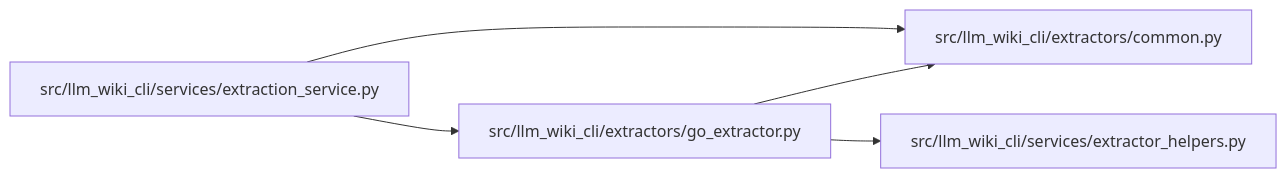
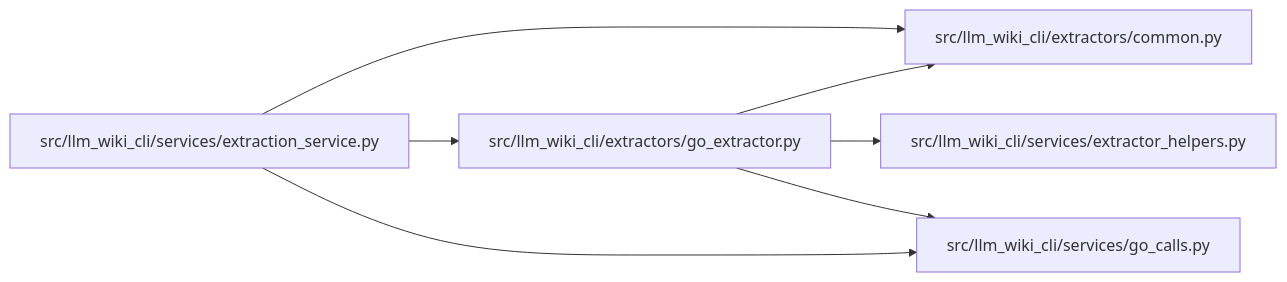
Before and after one commit to Denissvgn/python-wiki-llm: the diagram in docs/llm_wiki/modules/go_extractor.md, drawn with Mermaid. The commit also changed other lines of this file and 76 other files, not shown here.

````diff
--- a/docs/llm_wiki/modules/go_extractor.md
+++ b/docs/llm_wiki/modules/go_extractor.md
@@ -34,15 +35,19 @@
 ```mermaid
 flowchart LR
     n0["src/llm_wiki_cli/extractors/common.py"]
     n1["src/llm_wiki_cli/extractors/go_extractor.py"]
     n2["src/llm_wiki_cli/services/extraction_service.py"]
     n3["src/llm_wiki_cli/services/extractor_helpers.py"]
+    n4["src/llm_wiki_cli/services/go_calls.py"]
     n1 --> n0
     n1 --> n3
+    n1 --> n4
     n2 --> n0
     n2 --> n1
+    n2 --> n4
     click n0 "../modules/common.md"
     click n1 "../modules/go_extractor.md"
     click n2 "../modules/extraction_service.md"
     click n3 "../modules/extractor_helpers.md"
+    click n4 "../modules/go_calls.md"
 ```
````
